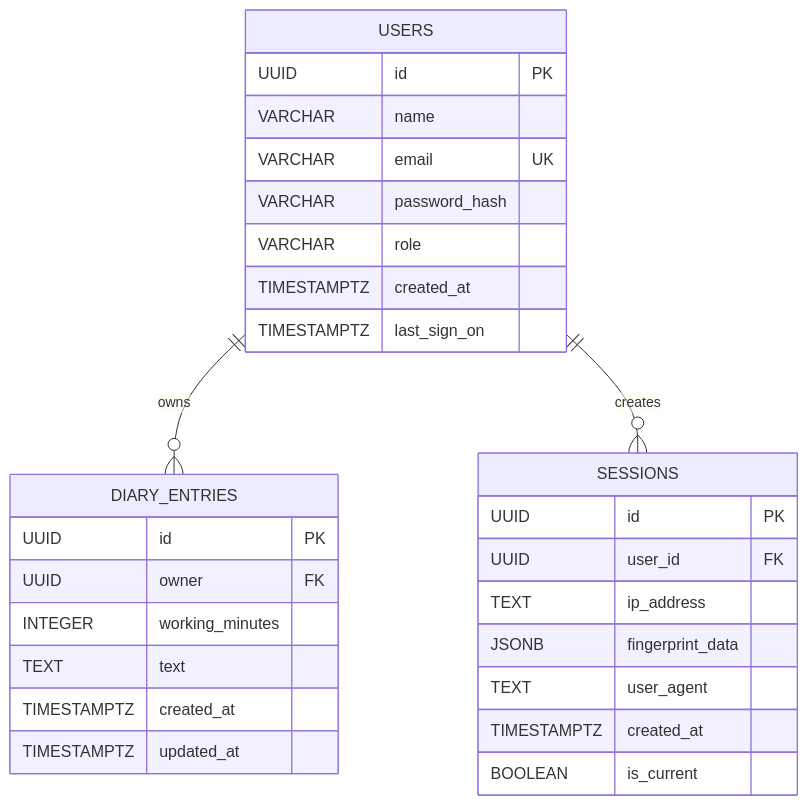
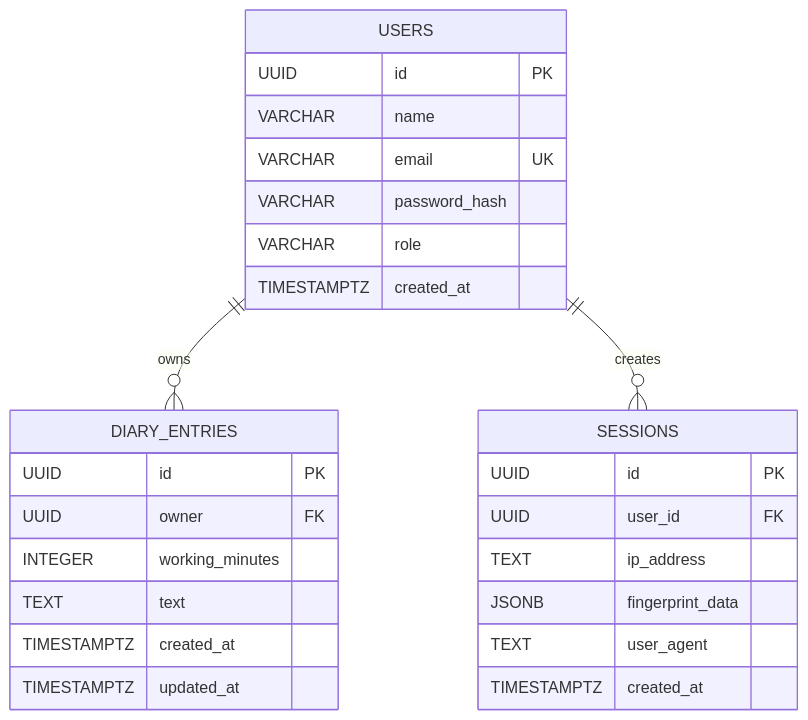
One commit to TeleTable-StartUp-Lab/backend changed the diagram in docs/database.md. Above: the diagram before and after it, drawn with Mermaid. The commit also changed other lines of this file and 5 other files, not shown here.

First line of the commit message:
Refactor database schema and update user session management

````diff
--- a/docs/database.md
+++ b/docs/database.md
@@ -70,34 +75,32 @@
 ```mermaid
 erDiagram
     USERS ||--o{ DIARY_ENTRIES : owns
     USERS ||--o{ SESSIONS : creates
 
     USERS {
         UUID id PK
         VARCHAR name
         VARCHAR email UK
         VARCHAR password_hash
         VARCHAR role
         TIMESTAMPTZ created_at
-        TIMESTAMPTZ last_sign_on
     }
 
     DIARY_ENTRIES {
         UUID id PK
         UUID owner FK
         INTEGER working_minutes
         TEXT text
         TIMESTAMPTZ created_at
         TIMESTAMPTZ updated_at
     }
 
     SESSIONS {
         UUID id PK
         UUID user_id FK
         TEXT ip_address
         JSONB fingerprint_data
         TEXT user_agent
         TIMESTAMPTZ created_at
-        BOOLEAN is_current
     }
 ```
````
